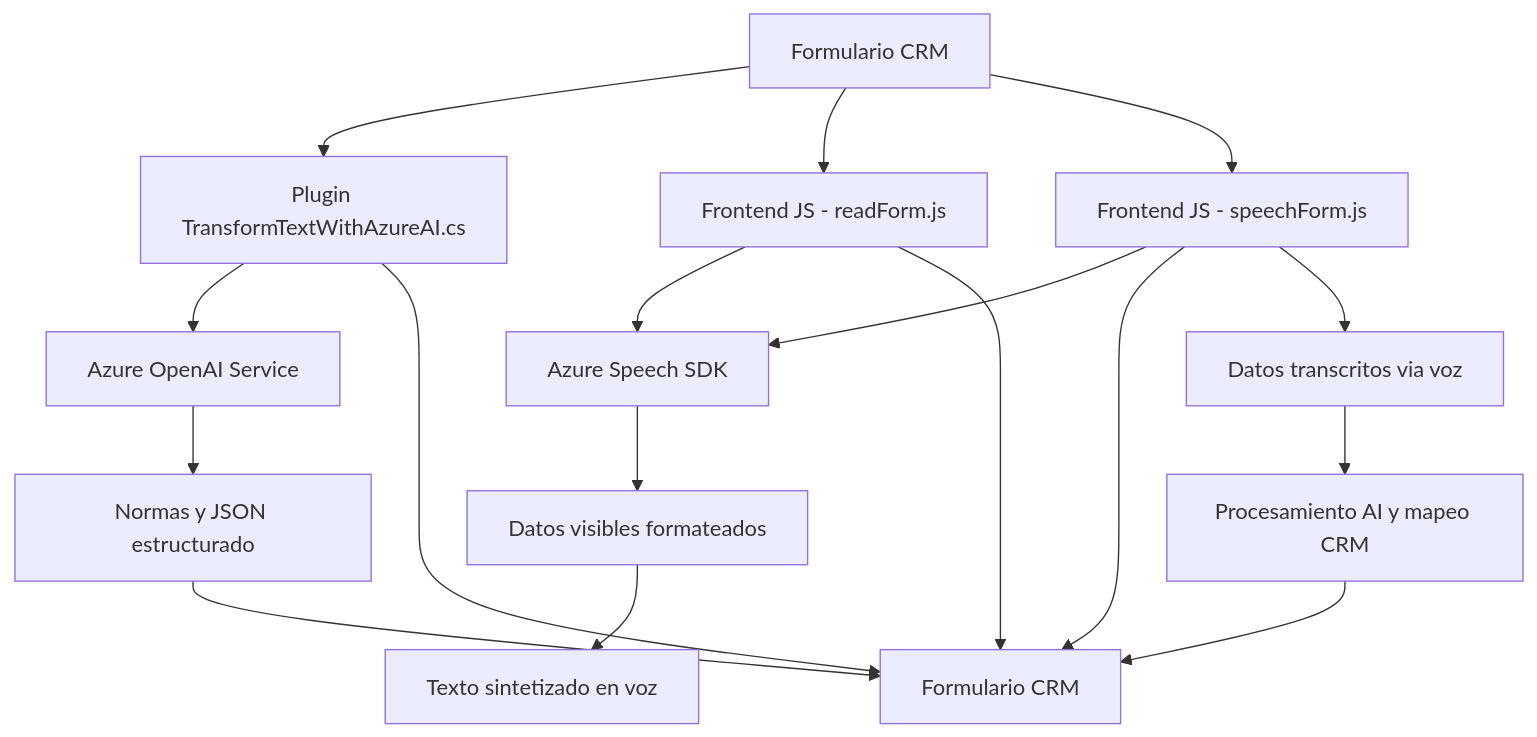
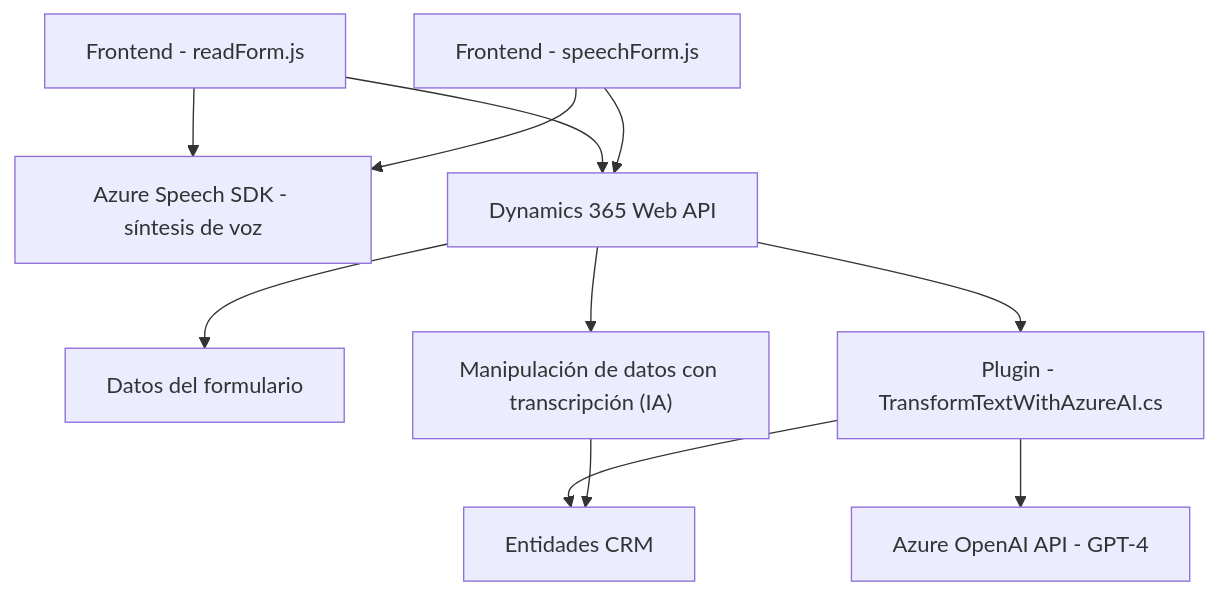
The diagram in README.md (blopezdm/NETCORE_BILBAO2025), drawn with Mermaid before and after one commit. The commit also changed other lines of this file, not shown here.

Commit message:
Actualizar análisis global de la solución con IA

````diff
--- a/README.md
+++ b/README.md
@@ -44,22 +59,13 @@
 ```mermaid
 graph TD
-    A["Frontend JS - readForm.js"] --> B["Azure Speech SDK"]
-    A --> C["Formulario CRM"]
-    B --> D["Datos visibles formateados"]
-    D --> E["Texto sintetizado en voz"]
-
-    F["Frontend JS - speechForm.js"] --> B
-    F --> C
-    F --> G["Datos transcritos via voz"]
-    G --> H["Procesamiento AI y mapeo CRM"]
-    H --> C
-
-    I["Plugin TransformTextWithAzureAI.cs"] --> J["Azure OpenAI Service"]
-    I --> C
-    J --> K["Normas y JSON estructurado"]
-    K --> C
-
-    L["Formulario CRM"] --> I
-    L --> A
-    L --> F
+  A["Frontend - readForm.js"] --> B["Azure Speech SDK - síntesis de voz"]
+  A --> C["Dynamics 365 Web API"]
+  C --> D["Datos del formulario"]
+  E["Frontend - speechForm.js"] --> B
+  E --> C
+  C --> F["Manipulación de datos con transcripción (IA)"]
+  G["Plugin - TransformTextWithAzureAI.cs"] --> H["Azure OpenAI API - GPT-4"]
+  G --> I["Entidades CRM"]
+  F --> I
+  C --> G
 ```
````
